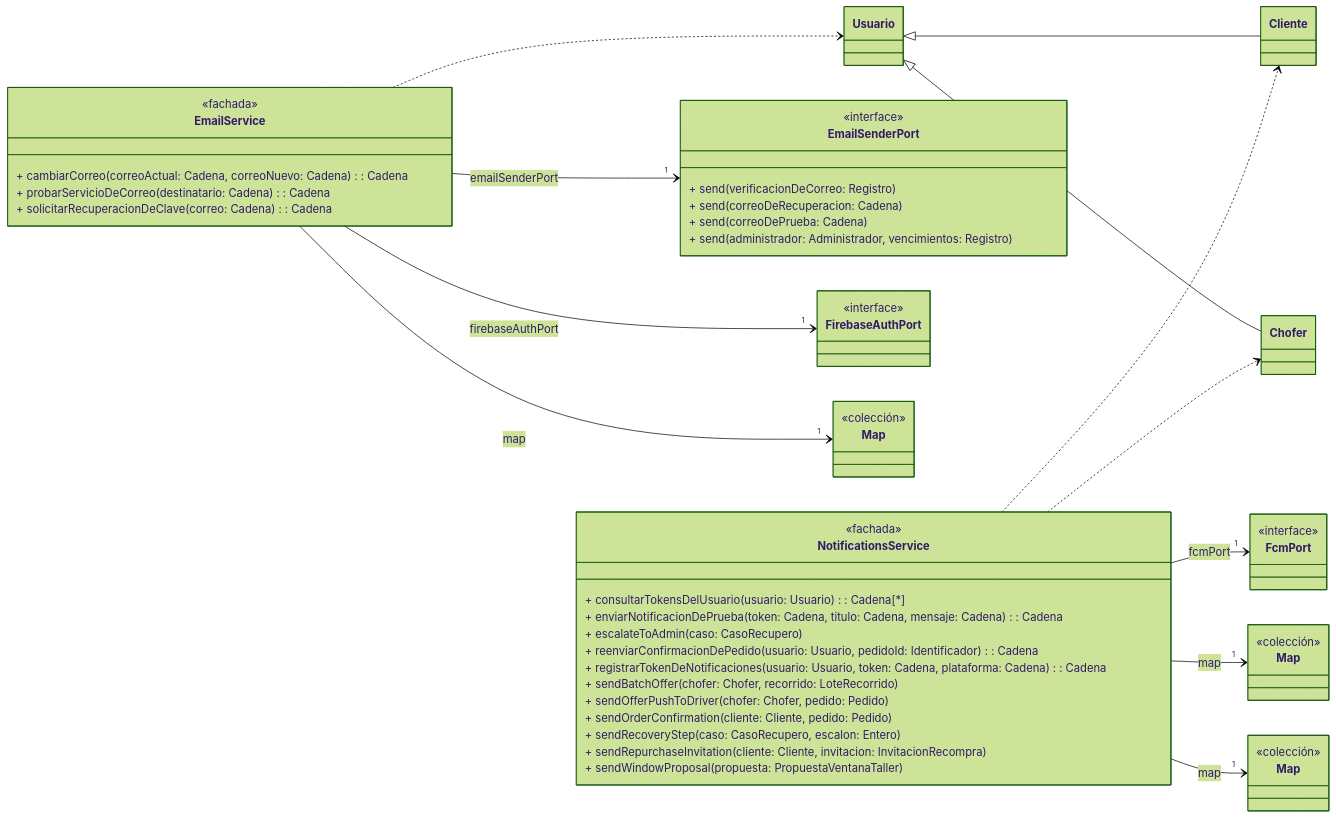
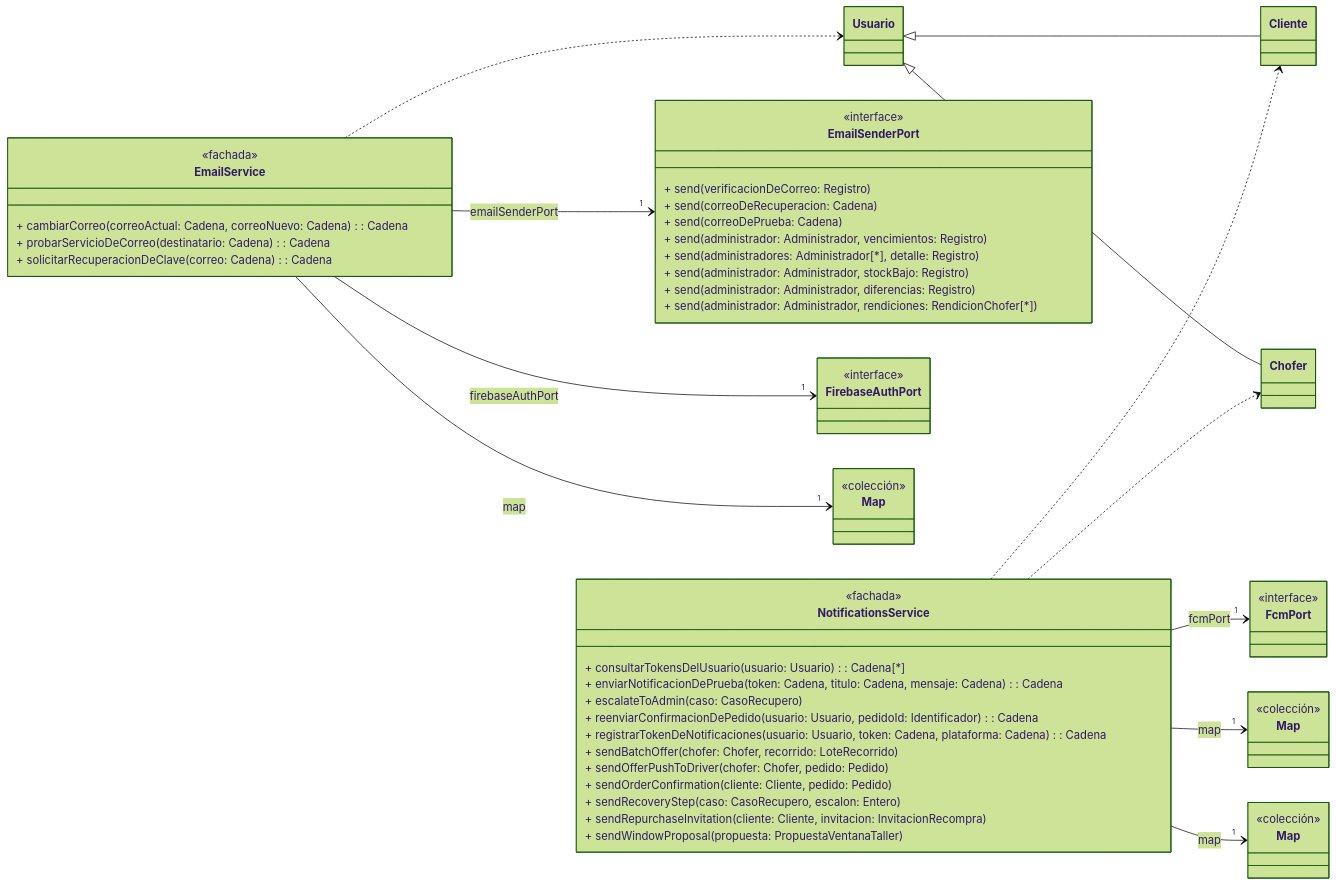
The diagram in diagramas/lucidchart/clases/SPLG-clases-Notificaciones.mmd (Nahuelito-Dev/splg-docs), drawn with Mermaid (forest theme) before and after one commit. The commit also changed 1067 other files, not shown here.

```diff
--- a/diagramas/lucidchart/clases/SPLG-clases-Notificaciones.mmd
+++ b/diagramas/lucidchart/clases/SPLG-clases-Notificaciones.mmd
@@ -1,66 +1,70 @@
 classDiagram
     direction LR
 
     %% Notificaciones y correo. Lo genera material-de-trabajo/generar-clases-diseno.py desde los DSD:
     %% no se edita a mano.
 
     class NotificationsService {
         <<fachada>>
         + consultarTokensDelUsuario(usuario: Usuario): Cadena[*]
         + enviarNotificacionDePrueba(token: Cadena, titulo: Cadena, mensaje: Cadena): Cadena
         + escalateToAdmin(caso: CasoRecupero)
         + reenviarConfirmacionDePedido(usuario: Usuario, pedidoId: Identificador): Cadena
         + registrarTokenDeNotificaciones(usuario: Usuario, token: Cadena, plataforma: Cadena): Cadena
         + sendBatchOffer(chofer: Chofer, recorrido: LoteRecorrido)
         + sendOfferPushToDriver(chofer: Chofer, pedido: Pedido)
         + sendOrderConfirmation(cliente: Cliente, pedido: Pedido)
         + sendRecoveryStep(caso: CasoRecupero, escalon: Entero)
         + sendRepurchaseInvitation(cliente: Cliente, invitacion: InvitacionRecompra)
         + sendWindowProposal(propuesta: PropuestaVentanaTaller)
     }
 
     class EmailService {
         <<fachada>>
         + cambiarCorreo(correoActual: Cadena, correoNuevo: Cadena): Cadena
         + probarServicioDeCorreo(destinatario: Cadena): Cadena
         + solicitarRecuperacionDeClave(correo: Cadena): Cadena
     }
 
     class EmailSenderPort {
         <<interface>>
         + send(verificacionDeCorreo: Registro)
         + send(correoDeRecuperacion: Cadena)
         + send(correoDePrueba: Cadena)
         + send(administrador: Administrador, vencimientos: Registro)
+        + send(administradores: Administrador[*], detalle: Registro)
+        + send(administrador: Administrador, stockBajo: Registro)
+        + send(administrador: Administrador, diferencias: Registro)
+        + send(administrador: Administrador, rendiciones: RendicionChofer[*])
     }
 
     class FirebaseAuthPort {
         <<interface>>
     }
     class Map_String_Usuario["Map<String, Usuario>"] {
         <<colección>>
     }
     class FcmPort {
         <<interface>>
     }
     class Map_String_Chofer["Map<String, Chofer>"] {
         <<colección>>
     }
     class Map_String_Cliente["Map<String, Cliente>"] {
         <<colección>>
     }
+    class Cliente
     class Chofer
-    class Cliente
     class Usuario
 
     Usuario <|-- Cliente
     Usuario <|-- Chofer
     EmailService --> "1" EmailSenderPort : emailSenderPort
     EmailService --> "1" FirebaseAuthPort : firebaseAuthPort
     EmailService --> "1" Map_String_Usuario : map<String, Usuario>
     NotificationsService --> "1" FcmPort : fcmPort
     NotificationsService --> "1" Map_String_Chofer : map<String, Chofer>
     NotificationsService --> "1" Map_String_Cliente : map<String, Cliente>
     EmailService ..> Usuario
     NotificationsService ..> Chofer
     NotificationsService ..> Cliente
```
